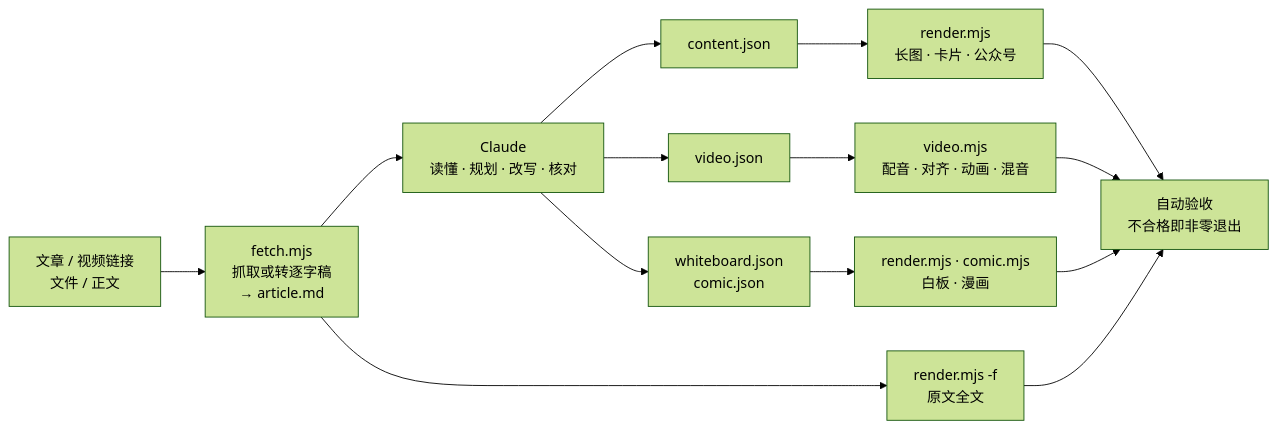
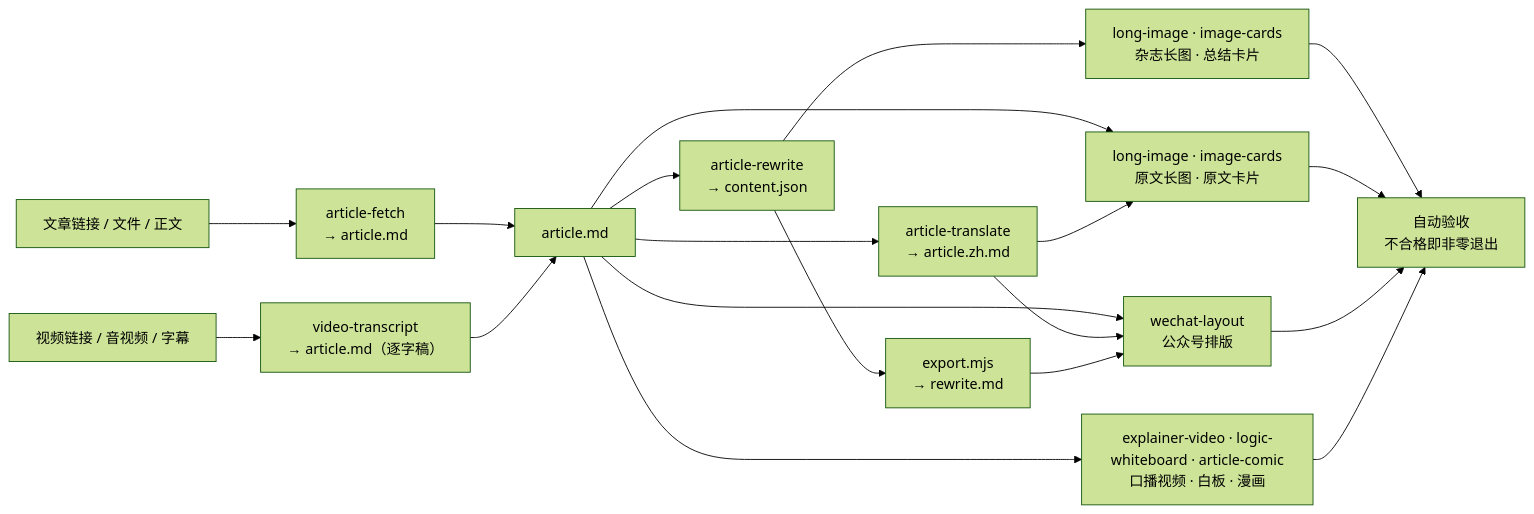
Before and after one commit to threerocks/article2media: the diagram in README.md, drawn with Mermaid (forest theme). The commit also changed other lines of this file and 187 other files, not shown here.

````diff
--- a/README.md
+++ b/README.md
@@ -141,10 +203,14 @@
 ```mermaid
 flowchart LR
-  IN["文章 / 视频链接<br/>文件 / 正文"] --> F["fetch.mjs<br/>抓取或转逐字稿<br/>→ article.md"]
-  F --> AI["Claude<br/>读懂 · 规划 · 改写 · 核对"]
-  AI --> C["content.json"] --> R["render.mjs<br/>长图 · 卡片 · 公众号"]
-  AI --> V["video.json"] --> VM["video.mjs<br/>配音 · 对齐 · 动画 · 混音"]
-  AI --> W["whiteboard.json<br/>comic.json"] --> WM["render.mjs · comic.mjs<br/>白板 · 漫画"]
-  F --> FULL["render.mjs -f<br/>原文全文"]
-  R & VM & WM & FULL --> QA["自动验收<br/>不合格即非零退出"]
+  IN["文章链接 / 文件 / 正文"] --> F["article-fetch<br/>→ article.md"]
+  VIN["视频链接 / 音视频 / 字幕"] --> T["video-transcript<br/>→ article.md（逐字稿）"]
+  F & T --> A["article.md"]
+  A --> TR["article-translate<br/>→ article.zh.md"]
+  A --> RW["article-rewrite<br/>→ content.json"]
+  RW --> EX["export.mjs<br/>→ rewrite.md"]
+  RW --> LI["long-image · image-cards<br/>杂志长图 · 总结卡片"]
+  A & TR --> OR["long-image · image-cards<br/>原文长图 · 原文卡片"]
+  A & TR & EX --> WX["wechat-layout<br/>公众号排版"]
+  A --> V["explainer-video · logic-whiteboard · article-comic<br/>口播视频 · 白板 · 漫画"]
+  LI & OR & WX & V --> QA["自动验收<br/>不合格即非零退出"]
 ```
````
